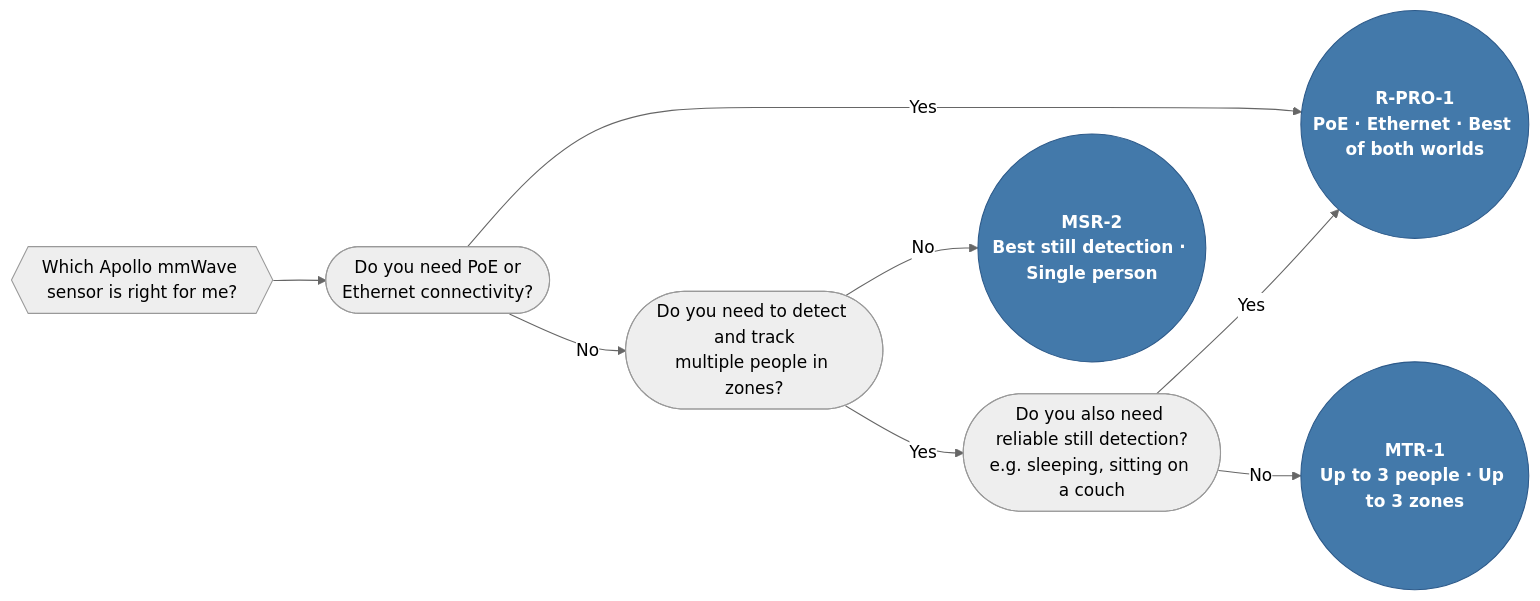
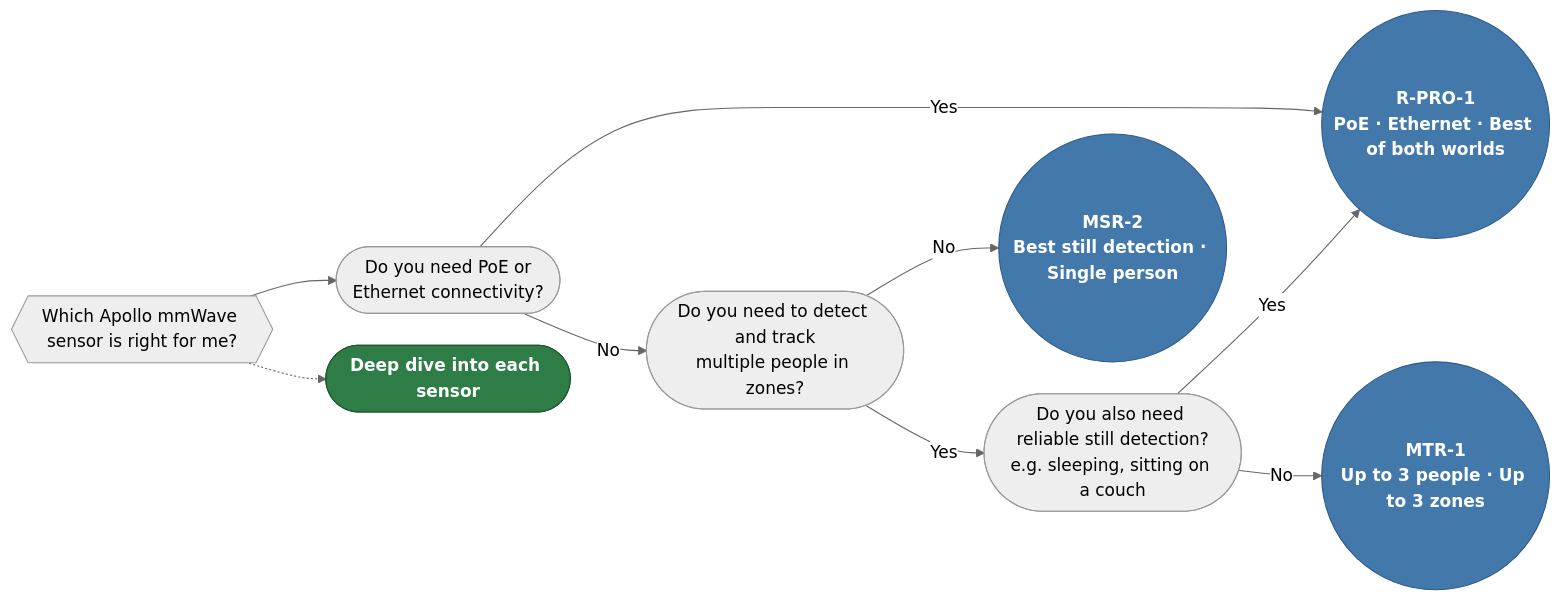
Before and after one commit to ApolloAutomation/docs: the diagram in docs/index.md, drawn with Mermaid (neutral theme). The commit also changed 3 other files, not shown here.

First line of the commit message:
Add "Choosing an mmWave Sensor" guide and link it from the homepage (#885)

````diff
--- a/docs/index.md
+++ b/docs/index.md
@@ -65,27 +65,32 @@
 ```mermaid
 %%{init: {'flowchart': {'nodeSpacing': 30, 'rankSpacing': 50}}}%%
 flowchart LR
     START{{"Which Apollo mmWave sensor is right for me?"}}
 
     START --> Q1(["Do you need PoE or<br/>Ethernet connectivity?"])
+    START -.-> GUIDE(["Deep dive into each sensor"])
 
     Q1 -->|Yes| RPRO
     Q1 -->|No| Q2(["Do you need to detect and track<br/>multiple people in zones?"])
 
     Q2 -->|Yes| Q3(["Do you also need reliable still detection?<br/>e.g. sleeping, sitting on a couch"])
     Q2 -->|No| MSR
 
     Q3 -->|Yes| RPRO
     Q3 -->|No| MTR
 
     MSR(("MSR-2<br/>Best still detection · Single person"))
     MTR(("MTR-1<br/>Up to 3 people · Up to 3 zones"))
     RPRO(("R-PRO-1<br/>PoE · Ethernet · Best of both worlds"))
 
     classDef product fill:#4379AA,stroke:#2d5a8a,color:#fff,font-weight:bold
     class MSR,MTR,RPRO product
 
+    classDef guide fill:#2e7d46,stroke:#1f5630,color:#fff,font-weight:bold
+    class GUIDE guide
+
     click MSR href "https://wiki.apolloautomation.com/products/msr2/introduction/" _blank
     click MTR href "https://wiki.apolloautomation.com/products/mtr1/introduction/" _blank
     click RPRO href "https://wiki.apolloautomation.com/products/rpro1/introduction/" _blank
+    click GUIDE href "https://wiki.apolloautomation.com/products/general/choosing-an-mmwave-sensor/" _blank
 ```
````
